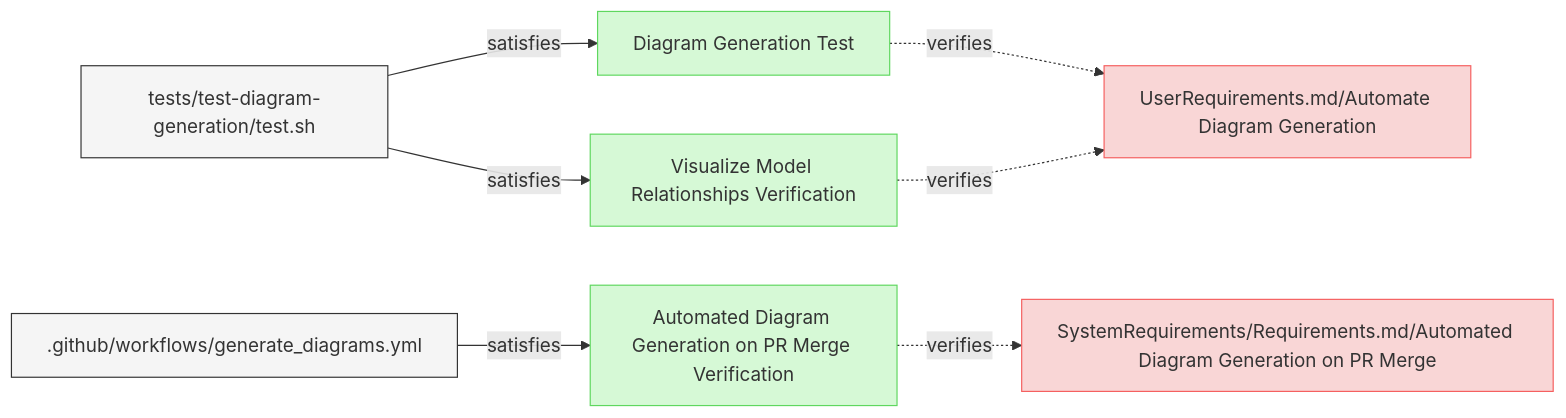
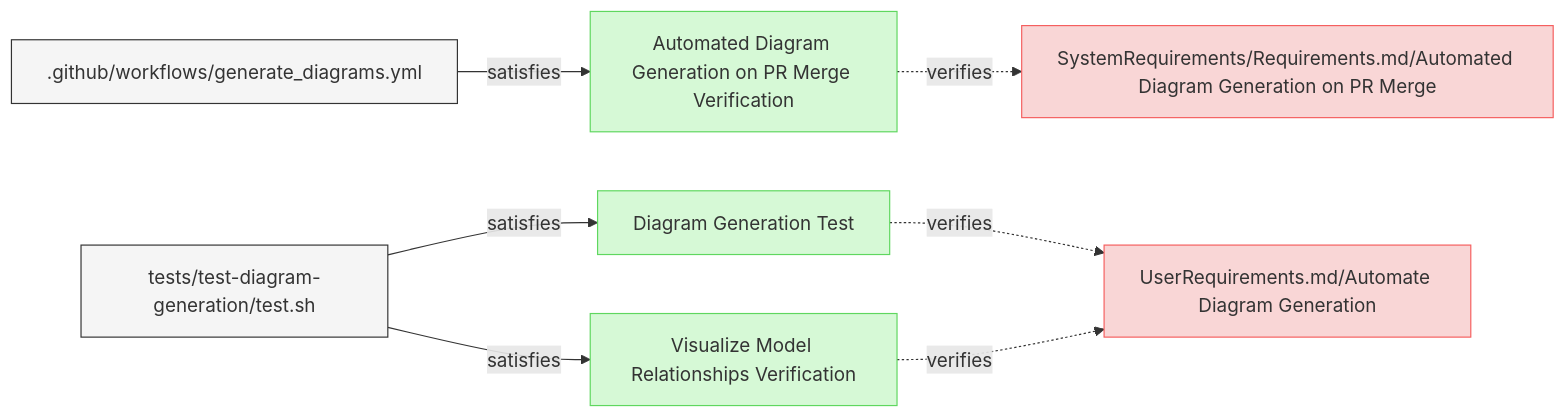
Before and after one commit to reqvire-org/reqvire: the diagram in specifications/Verifications/DiagramsTests.md, drawn with Mermaid. The commit also changed other lines of this file and 29 other files, not shown here.

````diff
--- a/specifications/Verifications/DiagramsTests.md
+++ b/specifications/Verifications/DiagramsTests.md
@@ -6,39 +6,39 @@
 ```mermaid
 graph LR;
   %% Graph styling
   classDef requirement fill:#f9d6d6,stroke:#f55f5f,stroke-width:1px;
   classDef verification fill:#d6f9d6,stroke:#5fd75f,stroke-width:1px;
   classDef externalLink fill:#d0e0ff,stroke:#3080ff,stroke-width:1px;
   classDef default fill:#f5f5f5,stroke:#333333,stroke-width:1px;
 
+  f8849dfe948d04fa["Automated Diagram Generation on PR Merge Verification"];
+  class f8849dfe948d04fa verification;
+  click f8849dfe948d04fa "DiagramsTests.md#automated-diagram-generation-on-pr-merge-verification";
+  3e3df7ad427a88fa["SystemRequirements/Requirements.md/Automated Diagram Generation on PR Merge"];
+  class 3e3df7ad427a88fa requirement;
+  click 3e3df7ad427a88fa "../SystemRequirements/Requirements.md#automated-diagram-generation-on-pr-merge";
+  f8849dfe948d04fa -.->|verifies| 3e3df7ad427a88fa;
+  98af8a1cf9c86822[".github/workflows/generate_diagrams.yml"];
+  class 98af8a1cf9c86822 default;
+  click 98af8a1cf9c86822 "../../.github/workflows/generate_diagrams.yml";
+  98af8a1cf9c86822 -->|satisfies| f8849dfe948d04fa;
   2d2cf67bb8070da8["Diagram Generation Test"];
   class 2d2cf67bb8070da8 verification;
   click 2d2cf67bb8070da8 "DiagramsTests.md#diagram-generation-test";
   98a581084d5542fa["UserRequirements.md/Automate Diagram Generation"];
   class 98a581084d5542fa requirement;
   click 98a581084d5542fa "../UserRequirements.md#automate-diagram-generation";
   2d2cf67bb8070da8 -.->|verifies| 98a581084d5542fa;
   3df49fd1a91c3db7["tests/test-diagram-generation/test.sh"];
   class 3df49fd1a91c3db7 default;
   click 3df49fd1a91c3db7 "../../tests/test-diagram-generation/test.sh";
   3df49fd1a91c3db7 -->|satisfies| 2d2cf67bb8070da8;
   de8ab093f22a5cd7["Visualize Model Relationships Verification"];
   class de8ab093f22a5cd7 verification;
   click de8ab093f22a5cd7 "DiagramsTests.md#visualize-model-relationships-verification";
   de8ab093f22a5cd7 -.->|verifies| 98a581084d5542fa;
   3df49fd1a91c3db7["tests/test-diagram-generation/test.sh"];
   class 3df49fd1a91c3db7 default;
   click 3df49fd1a91c3db7 "../../tests/test-diagram-generation/test.sh";
   3df49fd1a91c3db7 -->|satisfies| de8ab093f22a5cd7;
-  f8849dfe948d04fa["Automated Diagram Generation on PR Merge Verification"];
-  class f8849dfe948d04fa verification;
-  click f8849dfe948d04fa "DiagramsTests.md#automated-diagram-generation-on-pr-merge-verification";
-  3e3df7ad427a88fa["SystemRequirements/Requirements.md/Automated Diagram Generation on PR Merge"];
-  class 3e3df7ad427a88fa requirement;
-  click 3e3df7ad427a88fa "../SystemRequirements/Requirements.md#automated-diagram-generation-on-pr-merge";
-  f8849dfe948d04fa -.->|verifies| 3e3df7ad427a88fa;
-  98af8a1cf9c86822[".github/workflows/generate_diagrams.yml"];
-  class 98af8a1cf9c86822 default;
-  click 98af8a1cf9c86822 "../../.github/workflows/generate_diagrams.yml";
-  98af8a1cf9c86822 -->|satisfies| f8849dfe948d04fa;
 ```
````
